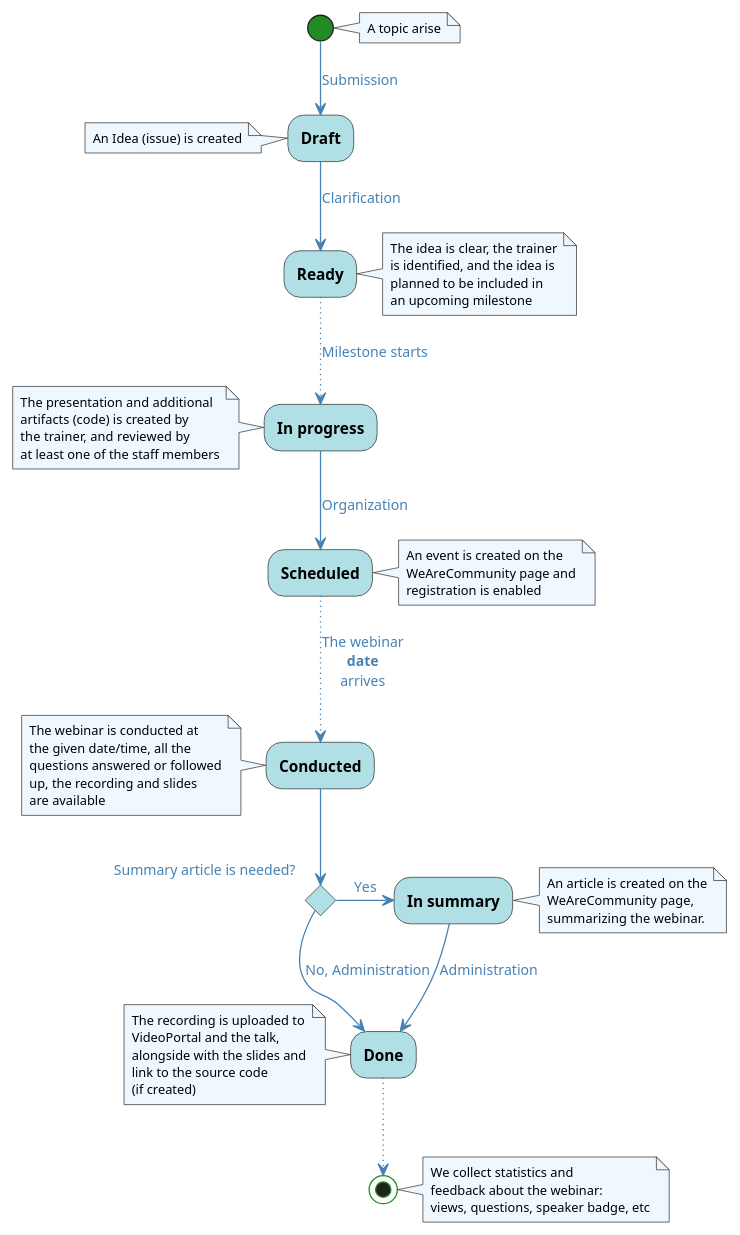
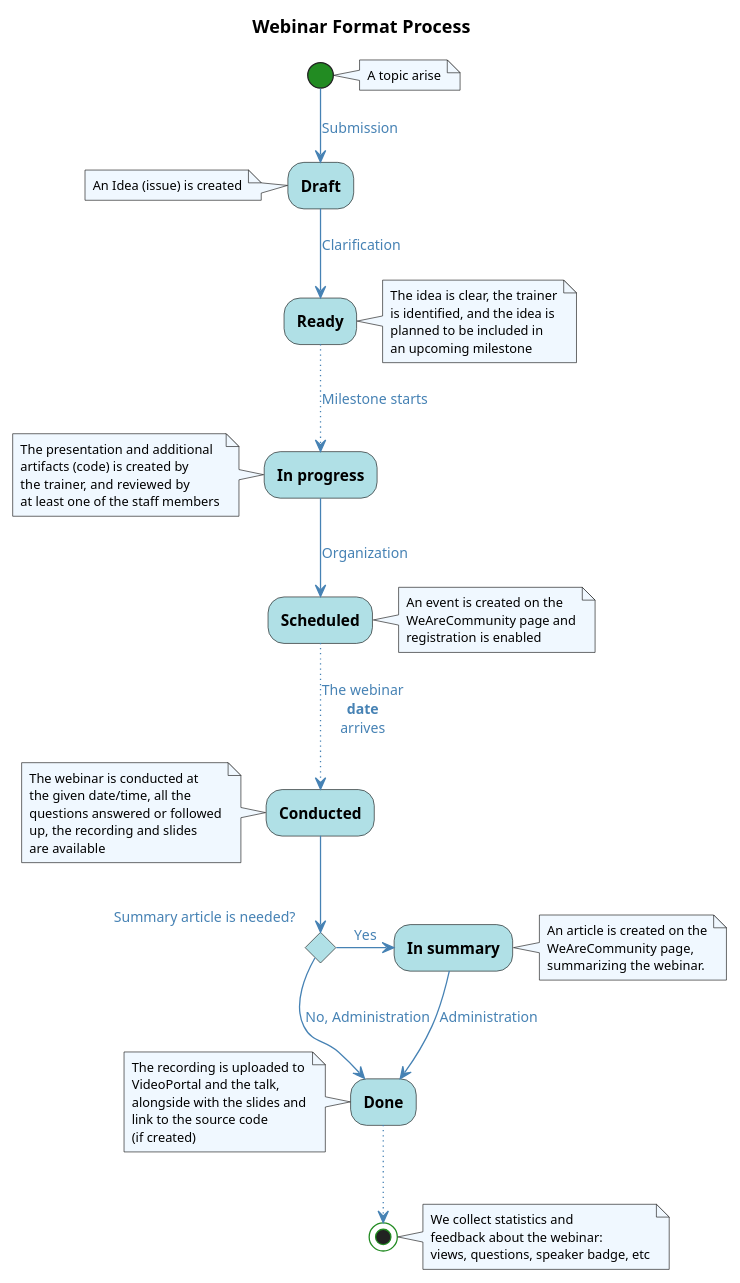
Before and after one commit to Idea-Pool/topics: the diagram in docs/uml/format_webinar.puml, drawn with PlantUML. The commit also changed 15 other files, not shown here.

Commit message:
Added diagram titles

```diff
--- a/docs/uml/format_webinar.puml
+++ b/docs/uml/format_webinar.puml
@@ -1,83 +1,101 @@
-@startuml Webinar Format Process
+@startuml
+
+title Webinar Format Process
 
 skinparam defaultFontName Ubuntu Light
 skinparam backgroundColor transparent
 
 skinparam activity {
     BackgroundColor PowderBlue
     StartColor ForestGreen
     EndColor ForestGreen
     FontStyle bold
 }
 
 skinparam arrow {
     Color SteelBlue
     FontColor SteelBlue
 }
 
 skinparam note {
     BackgroundColor AliceBlue
     FontSize 10
 }
 
 note right
     A topic arise
 end note
+
 (*) -->[Submission] Draft
+
 note left
     An Idea (issue) is created
 end note
+
 -->[Clarification] Ready
+
 note right
     The idea is clear, the trainer
     is identified, and the idea is
     planned to be included in
     an upcoming milestone
 end note
+
 ..>[Milestone starts] In progress
+
 note left
     The presentation and additional
     artifacts (code) is created by
     the trainer, and reviewed by
     at least one of the staff members
 end note
+
 -->[Organization] Scheduled
+
 note right
     An event is created on the
     WeAreCommunity page and
     registration is enabled
 end note
+
 ..>[The webinar\n**date**\narrives] Conducted
+
 note left
     The webinar is conducted at
     the given date/time, all the
     questions answered or followed
     up, the recording and slides
     are available
 end note
+
 if "Summary article is needed?" then
     -right->[Yes] In summary
+
     note right
         An article is created on the
         WeAreCommunity page,
         summarizing the webinar.
     end note
+
     -->[Administration] Done
 else
     -->[No, Administration] Done
 endif
+
 note left
     The recording is uploaded to
     VideoPortal and the talk,
     alongside with the slides and
     link to the source code
     (if created)
 end note
+
 ..> (*)
+
 note right
     We collect statistics and
     feedback about the webinar:
     views, questions, speaker badge, etc
 end note
 
 @enduml
```
